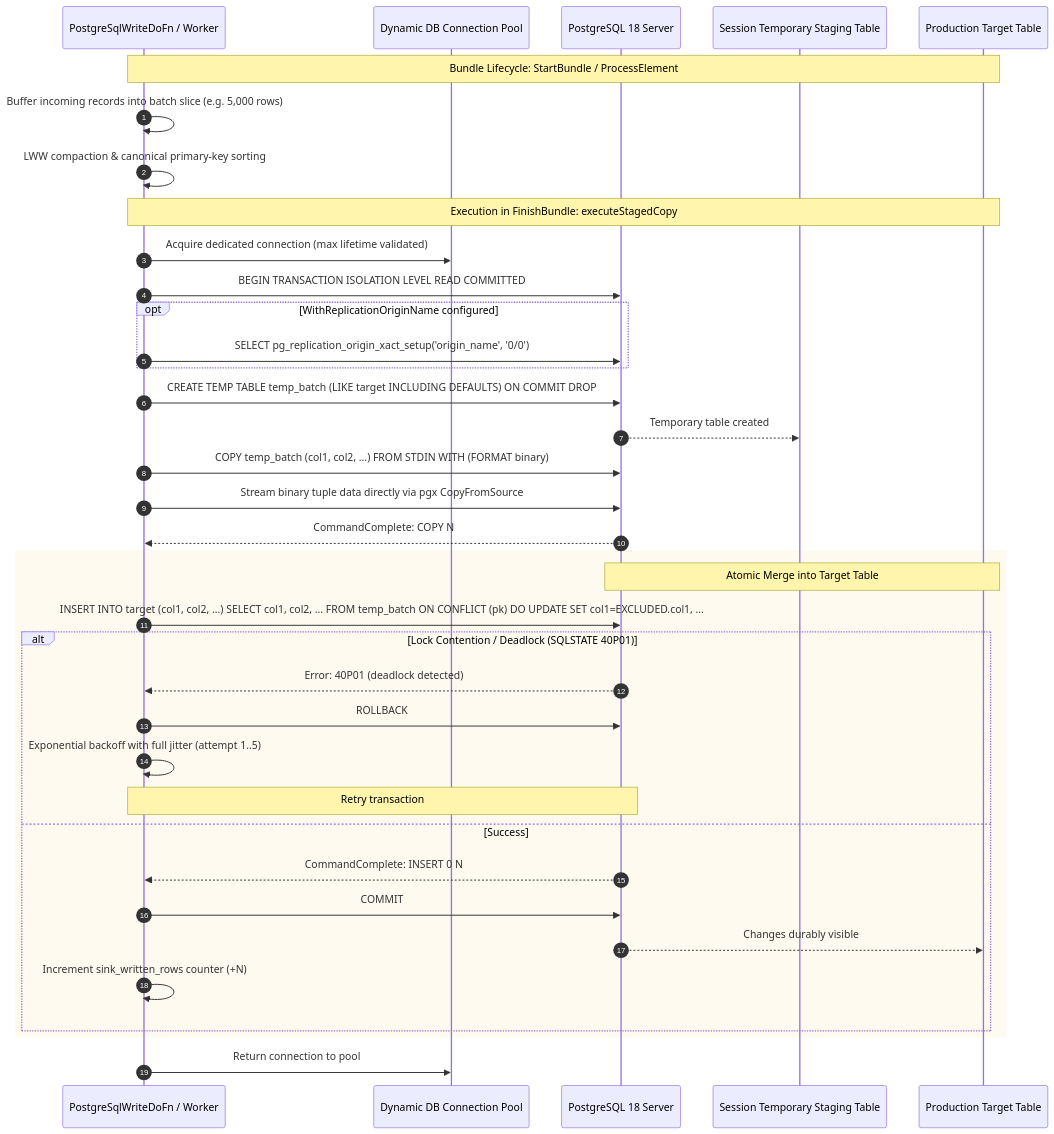
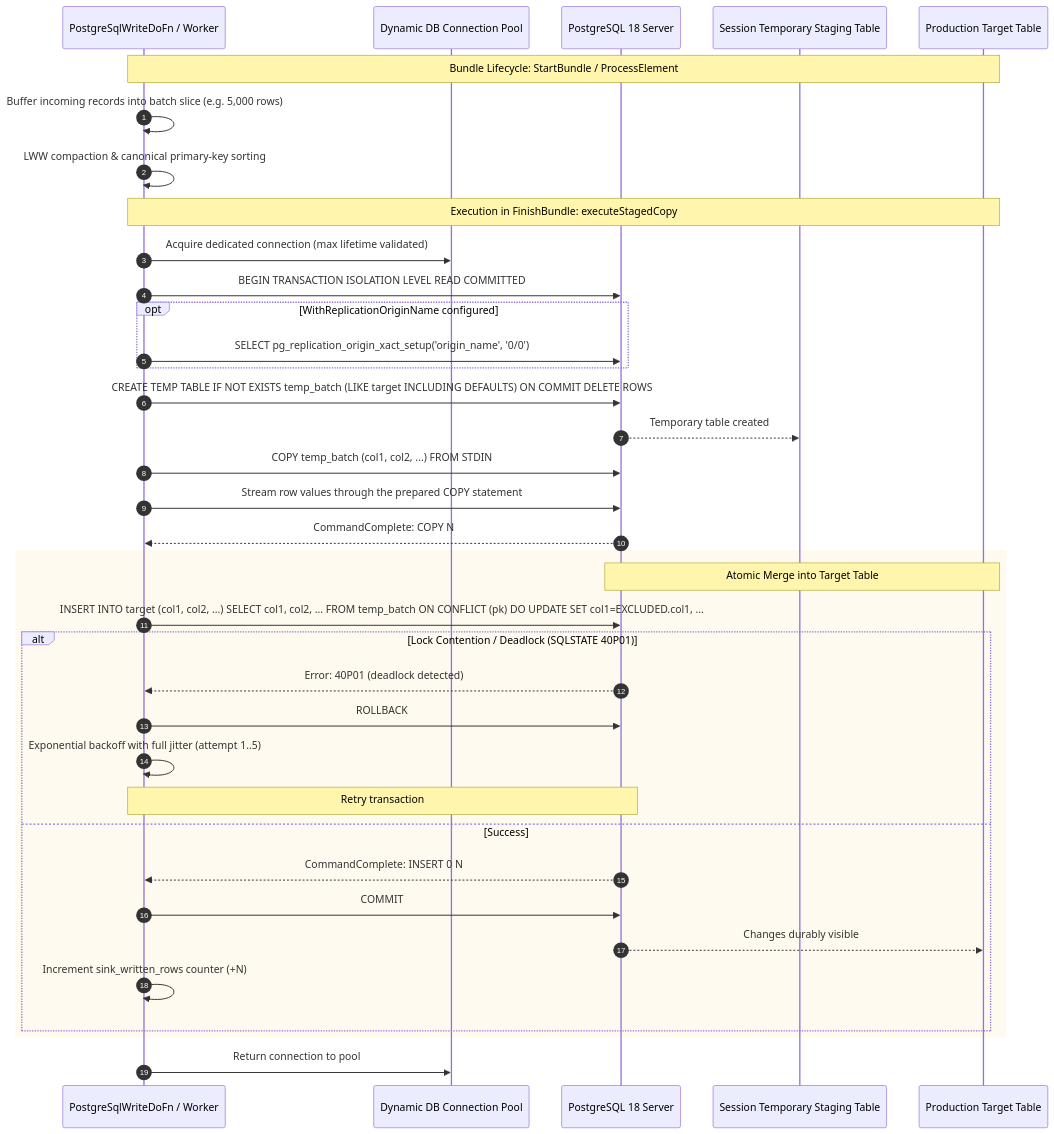
The second of 2 diagrams in sdks/go/pkg/beam/io/postgresio/CONTRIBUTING.md (jk-shah/beam), drawn with Mermaid before and after one commit. The commit also changed other lines of this file and 2 other files, not shown here.

````diff
--- a/sdks/go/pkg/beam/io/postgresio/CONTRIBUTING.md
+++ b/sdks/go/pkg/beam/io/postgresio/CONTRIBUTING.md
@@ -76,45 +76,45 @@
 ```mermaid
 sequenceDiagram
     autonumber
     participant DoFn as PostgreSqlWriteDoFn / Worker
     participant Pool as Dynamic DB Connection Pool
     participant PG as PostgreSQL 18 Server
     participant Temp as Session Temporary Staging Table
     participant Target as Production Target Table
 
     Note over DoFn,Target: Bundle Lifecycle: StartBundle / ProcessElement
     DoFn->>DoFn: Buffer incoming records into batch slice (e.g. 5,000 rows)
     DoFn->>DoFn: LWW compaction & canonical primary-key sorting
     
     Note over DoFn,Target: Execution in FinishBundle: executeStagedCopy
     DoFn->>Pool: Acquire dedicated connection (max lifetime validated)
     DoFn->>PG: BEGIN TRANSACTION ISOLATION LEVEL READ COMMITTED
     
     opt WithReplicationOriginName configured
         DoFn->>PG: SELECT pg_replication_origin_xact_setup('origin_name', '0/0')
     end
     
-    DoFn->>PG: CREATE TEMP TABLE temp_batch (LIKE target INCLUDING DEFAULTS) ON COMMIT DROP
+    DoFn->>PG: CREATE TEMP TABLE IF NOT EXISTS temp_batch (LIKE target INCLUDING DEFAULTS) ON COMMIT DELETE ROWS
     PG-->>Temp: Temporary table created
     
-    DoFn->>PG: COPY temp_batch (col1, col2, ...) FROM STDIN WITH (FORMAT binary)
-    DoFn->>PG: Stream binary tuple data directly via pgx CopyFromSource
+    DoFn->>PG: COPY temp_batch (col1, col2, ...) FROM STDIN
+    DoFn->>PG: Stream row values through the prepared COPY statement
     PG-->>DoFn: CommandComplete: COPY N
     
     rect rgb(255, 250, 240)
         Note over PG,Target: Atomic Merge into Target Table
         DoFn->>PG: INSERT INTO target (col1, col2, ...) SELECT col1, col2, ... FROM temp_batch ON CONFLICT (pk) DO UPDATE SET col1=EXCLUDED.col1, ...
         alt Lock Contention / Deadlock (SQLSTATE 40P01)
             PG-->>DoFn: Error: 40P01 (deadlock detected)
             DoFn->>PG: ROLLBACK
             DoFn->>DoFn: Exponential backoff with full jitter (attempt 1..5)
             Note over DoFn,PG: Retry transaction
         else Success
             PG-->>DoFn: CommandComplete: INSERT 0 N
             DoFn->>PG: COMMIT
             PG-->>Target: Changes durably visible
             DoFn->>DoFn: Increment sink_written_rows counter (+N)
         end
     end
     DoFn->>Pool: Return connection to pool
 ```
````
